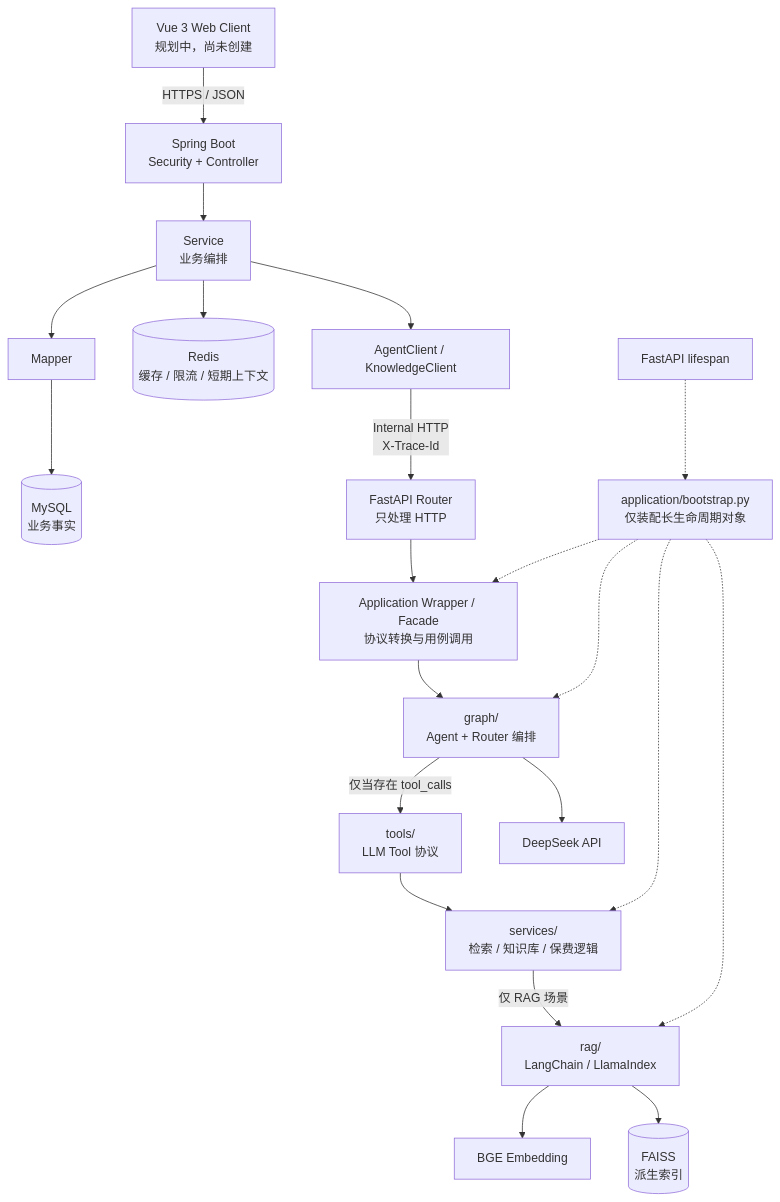
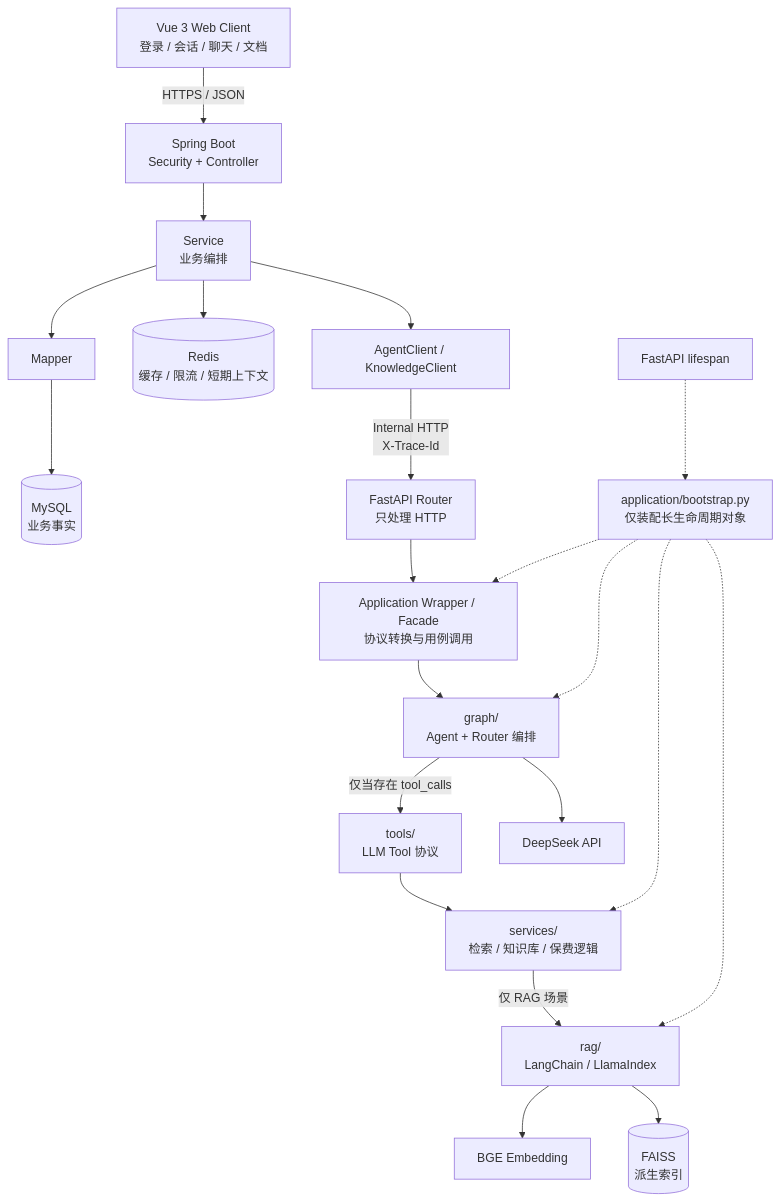
Before and after one commit to Sword-eight/insurance_ai_agent-java-web-rebuild: the diagram in docs/ARCHITECTURE.md, drawn with Mermaid. The commit also changed other lines of this file and 44 other files, not shown here.

````diff
--- a/docs/ARCHITECTURE.md
+++ b/docs/ARCHITECTURE.md
@@ -110,23 +112,23 @@
 ```mermaid
 flowchart TD
-    Web["Vue 3 Web Client<br/>规划中，尚未创建"] -->|"HTTPS / JSON"| JavaController["Spring Boot<br/>Security + Controller"]
+    Web["Vue 3 Web Client<br/>登录 / 会话 / 聊天 / 文档"] -->|"HTTPS / JSON"| JavaController["Spring Boot<br/>Security + Controller"]
     JavaController --> JavaService["Service<br/>业务编排"]
     JavaService --> Mapper["Mapper"]
     Mapper --> MySQL[("MySQL<br/>业务事实")]
     JavaService --> Redis[("Redis<br/>缓存 / 限流 / 短期上下文")]
     JavaService --> JavaClient["AgentClient / KnowledgeClient"]
     JavaClient -->|"Internal HTTP<br/>X-Trace-Id"| PyRouter["FastAPI Router<br/>只处理 HTTP"]
     PyRouter --> PyApp["Application Wrapper / Facade<br/>协议转换与用例调用"]
     PyApp --> Graph["graph/<br/>Agent + Router 编排"]
     Graph -->|"仅当存在 tool_calls"| Tools["tools/<br/>LLM Tool 协议"]
     Tools --> Services["services/<br/>检索 / 知识库 / 保费逻辑"]
     Services -->|"仅 RAG 场景"| Rag["rag/<br/>LangChain / LlamaIndex"]
     Rag --> Embedding["BGE Embedding"]
     Rag --> Faiss[("FAISS<br/>派生索引")]
     Graph --> DeepSeek["DeepSeek API"]
     Lifespan["FastAPI lifespan"] -.-> Bootstrap["application/bootstrap.py<br/>仅装配长生命周期对象"]
     Bootstrap -.-> PyApp
     Bootstrap -.-> Graph
     Bootstrap -.-> Services
     Bootstrap -.-> Rag
 ```
````
